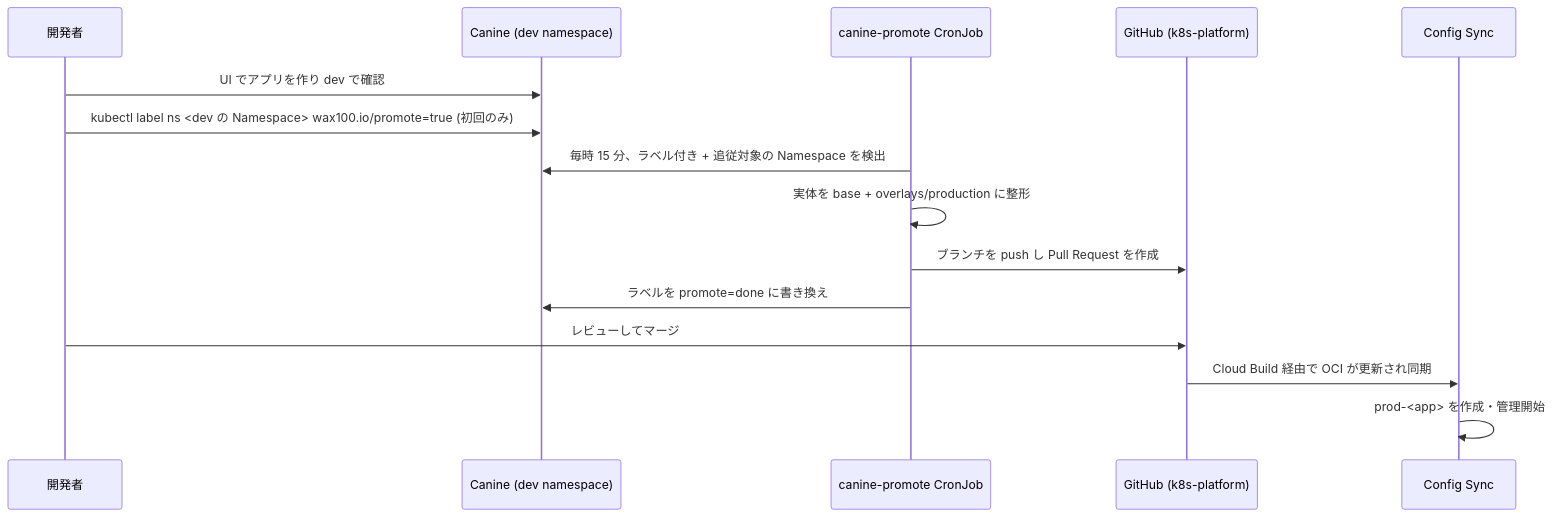
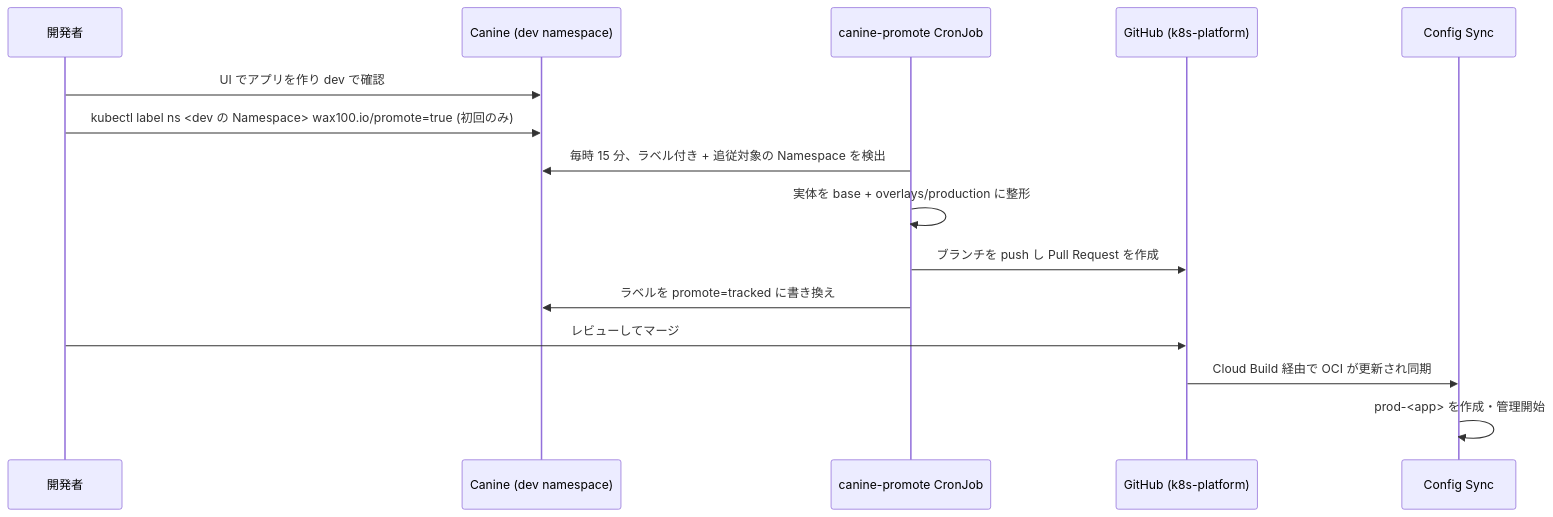
The third of 3 diagrams in docs/DEPLOYMENT_FLOW.md (waxsd100/k8s-platform), drawn with Mermaid before and after one commit. The commit also changed other lines of this file and 10 other files, not shown here.

````diff
--- a/docs/DEPLOYMENT_FLOW.md
+++ b/docs/DEPLOYMENT_FLOW.md
@@ -122,18 +122,18 @@
 ```mermaid
 sequenceDiagram
     participant Dev as 開発者
     participant CN as Canine (dev namespace)
     participant PJ as canine-promote CronJob
     participant GH as GitHub (k8s-platform)
     participant CS as Config Sync
 
     Dev->>CN: UI でアプリを作り dev で確認
     Dev->>CN: kubectl label ns <dev の Namespace> wax100.io/promote=true (初回のみ)
     PJ->>CN: 毎時 15 分、ラベル付き + 追従対象の Namespace を検出
     PJ->>PJ: 実体を base + overlays/production に整形
     PJ->>GH: ブランチを push し Pull Request を作成
-    PJ->>CN: ラベルを promote=done に書き換え
+    PJ->>CN: ラベルを promote=tracked に書き換え
     Dev->>GH: レビューしてマージ
     GH->>CS: Cloud Build 経由で OCI が更新され同期
     CS->>CS: prod-<app> を作成・管理開始
 ```
````
